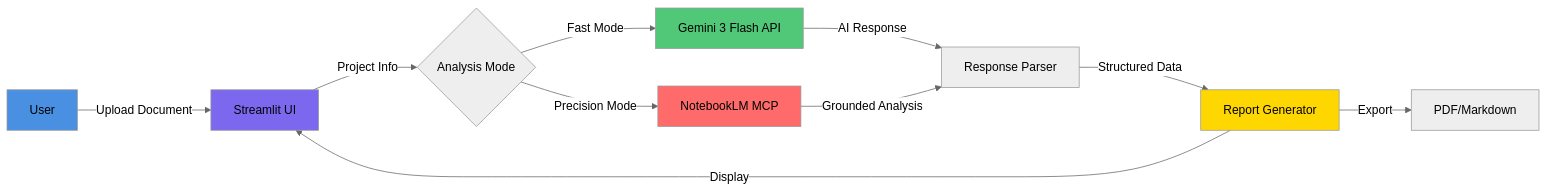
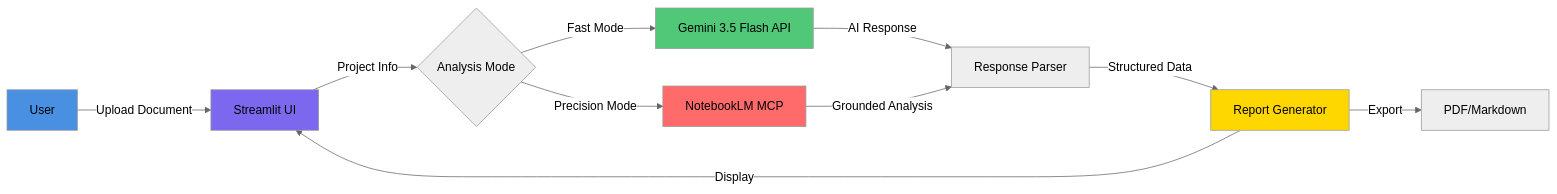
The diagram in README.md (ljhljh0703-cmd/Mapae-Project), drawn with Mermaid (neutral theme) before and after one commit. The commit also changed other lines of this file and 3 other files, not shown here.

First line of the commit message:
fix: correct model to gemini-3.5-flash (API-verified)

````diff
--- a/README.md
+++ b/README.md
@@ -39,18 +39,18 @@
 ```mermaid
 graph LR
     A[User] -->|Upload Document| B[Streamlit UI]
     B -->|Project Info| C{Analysis Mode}
-    C -->|Fast Mode| D[Gemini 3 Flash API]
+    C -->|Fast Mode| D[Gemini 3.5 Flash API]
     C -->|Precision Mode| E[NotebookLM MCP]
     D -->|AI Response| F[Response Parser]
     E -->|Grounded Analysis| F
     F -->|Structured Data| G[Report Generator]
     G -->|Display| B
     G -->|Export| H[PDF/Markdown]
     
     style A fill:#4A90E2
     style B fill:#7B68EE
     style D fill:#50C878
     style E fill:#FF6B6B
     style G fill:#FFD700
 ```
````
